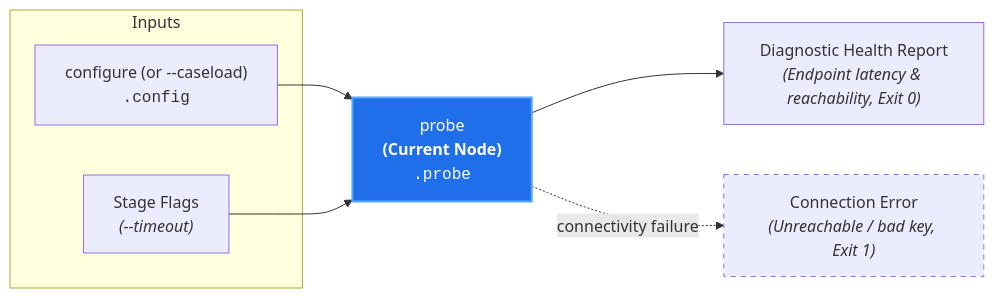
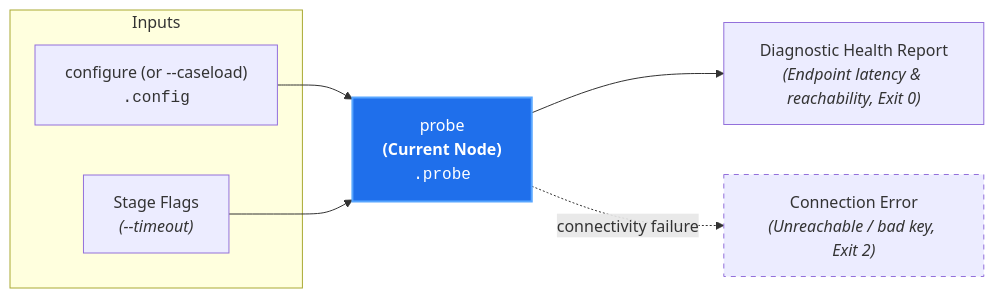
Before and after one commit to PAIR-code/canon-clerk: the diagram in docs/architecture/nodes/probe.md, drawn with Mermaid. The commit also changed other lines of this file and 9 other files, not shown here.

````diff
--- a/docs/architecture/nodes/probe.md
+++ b/docs/architecture/nodes/probe.md
@@ -21,16 +21,16 @@
 ```mermaid
 flowchart LR
     subgraph Inputs["Inputs"]
         Config["configure (or --caseload)<br/><code>.config</code>"]
         Params["Stage Flags<br/><i>(--timeout)</i>"]
     end
 
     Config --> Probe["probe<br/><b>(Current Node)</b><br/><code>.probe</code>"]
     Params --> Probe
 
     Probe --> Report["Diagnostic Health Report<br/><i>(Endpoint latency & reachability, Exit 0)</i>"]
-    Probe -. "connectivity failure" .-> Failure["Connection Error<br/><i>(Unreachable / bad key, Exit 1)</i>"]
+    Probe -. "connectivity failure" .-> Failure["Connection Error<br/><i>(Unreachable / bad key, Exit 2)</i>"]
 
     style Probe fill:#1f6feb,stroke:#58a6ff,stroke-width:2px,color:#fff
     style Failure stroke-dasharray: 5 5
 ```
````
